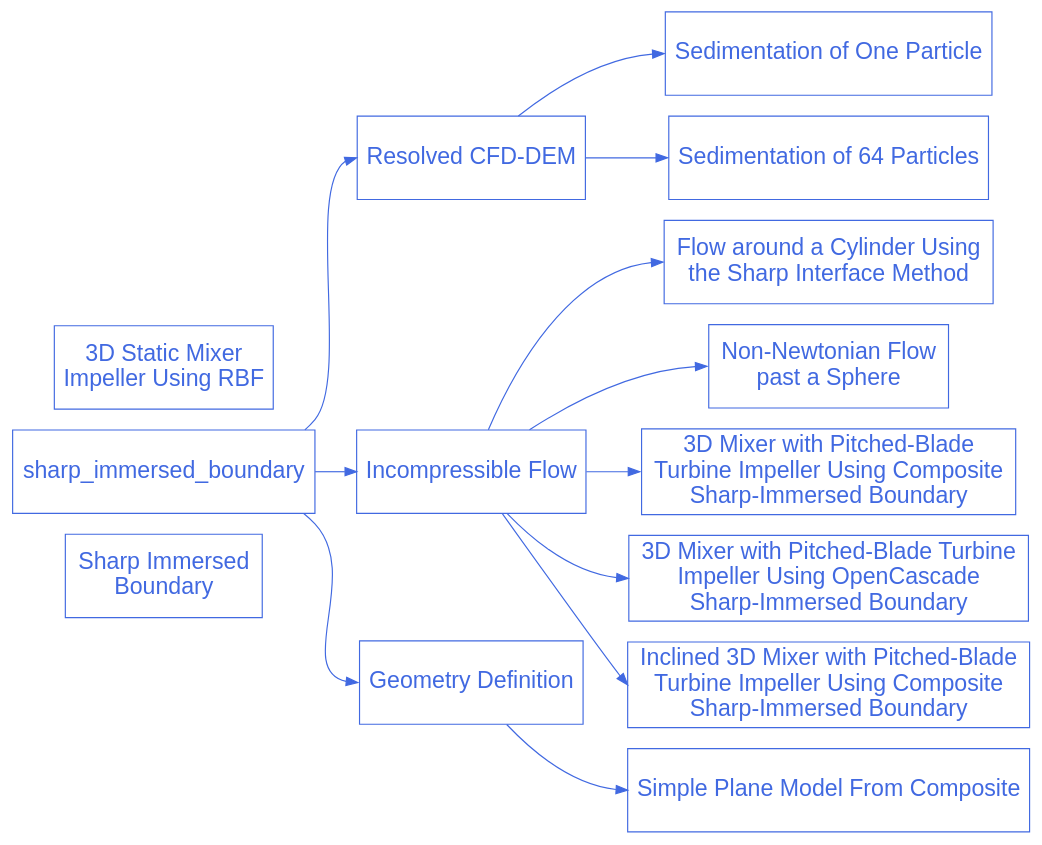
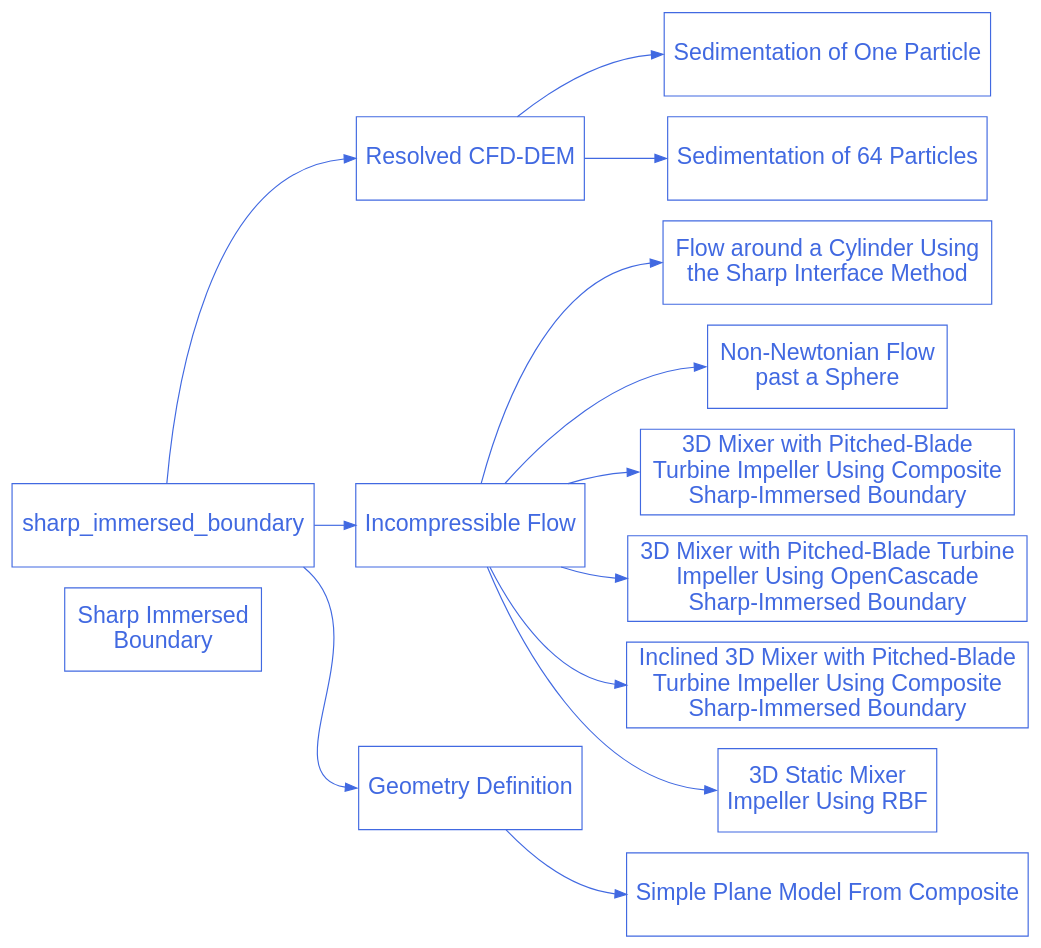
The diagram in doc/source/examples/sharp-immersed-boundary/sharp-immersed-boundary.rst (chaos-polymtl/lethe), drawn with Graphviz before and after one commit.

Commit message:
Apply comments from code review

```diff
--- a/doc/source/examples/sharp-immersed-boundary/sharp-immersed-boundary.rst
+++ b/doc/source/examples/sharp-immersed-boundary/sharp-immersed-boundary.rst
@@ -14,49 +14,49 @@
 .. graphviz:: 
 
     digraph sharp_diagram {
       graph [bgcolor="transparent", align=true];
       node [fontname=Arial, fontsize=20, shape=box, fontcolor=royalblue, color=royalblue, height=1];
       edge [color=royalblue];
       rankdir="LR";
       size = "9,9";
       
       sharp_immersed_boundary_solver [label="Sharp Immersed \nBoundary", href="https://lethe-cfd.github.io/lethe/documentation/examples/sharp-immersed-boundary/sharp-immersed-boundary.html"];
 
       sharp_1 [label="Resolved CFD-DEM", href="https://lethe-cfd.github.io/lethe/documentation/examples/sharp-immersed-boundary/resolved-cfd-dem.html"];
 
       sharp_1_1 [label="Sedimentation of One Particle", href="https://lethe-cfd.github.io/lethe/documentation/examples/sharp-immersed-boundary/sedimentation-1-particle/sedimentation-1-particle.html"];
 
       sharp_1_2 [label="Sedimentation of 64 Particles", href="https://lethe-cfd.github.io/lethe/documentation/examples/sharp-immersed-boundary/sedimentation-64-particles/sedimentation-64-particles.html"];
 
       sharp_2 [label="Incompressible Flow", href="https://lethe-cfd.github.io/lethe/documentation/examples/sharp-immersed-boundary/incompressible-flow.html"];
 
       sharp_2_1 [label="Flow around a Cylinder Using \nthe Sharp Interface Method", href="https://lethe-cfd.github.io/lethe/documentation/examples/sharp-immersed-boundary/cylinder-with-sharp-interface/cylinder-with-sharp-interface.html", tooltip="Flow around a cylinder using the sharp interface method"];
 
       sharp_2_2 [label="Non-Newtonian Flow \npast a Sphere", href="https://lethe-cfd.github.io/lethe/documentation/examples/sharp-immersed-boundary/sphere-carreau-with-sharp-interface/sphere-carreau-with-sharp-interface.html", tooltip="Non-Newtonian flow past a sphere"];
 
       sharp_2_3 [label="3D Mixer with Pitched-Blade \nTurbine Impeller Using Composite \nSharp-Immersed Boundary", href="https://lethe-cfd.github.io/lethe/documentation/examples/sharp-immersed-boundary/3d-composite-mixer-with-pbt-impeller/3d-composite-mixer-with-pbt-impeller.html", tooltip="3D Mixer with pitched-blade turbine impeller using Composite Sharp-immersed boundary"];
 
       sharp_2_4 [label="3D Mixer with Pitched-Blade Turbine \nImpeller Using OpenCascade \nSharp-Immersed Boundary", href="https://lethe-cfd.github.io/lethe/documentation/examples/sharp-immersed-boundary/3d-opencascade-mixer-with-pbt-impeller/3d-opencascade-mixer-with-pbt-impeller.html", tooltip="3D Mixer with pitched-blade turbine impeller using OpenCascade Sharp-immersed boundary"];
 
       sharp_2_5 [label="Inclined 3D Mixer with Pitched-Blade \nTurbine Impeller Using Composite \nSharp-Immersed Boundary", href="https://lethe-cfd.github.io/lethe/documentation/examples/sharp-immersed-boundary/inclined-3d-composite-mixer-with-pbt-impeller/inclined-3d-composite-mixer-with-pbt-impeller.html", tooltip="Inclined 3D mixer with pitched-blade turbine impeller using composite sharp-immersed boundary"];
       
       sharp_2_6 [label="3D Static Mixer \nImpeller Using RBF", href="https://lethe-cfd.github.io/lethe/documentation/examples/sharp-immersed-boundary/3d-rbf-static-mixer/3d-rbf-static-mixer.html", tooltip="3D Static Mixer \nImpeller Using RBF Sharp-immersed boundary"];
 
-      sharp_3 [label="Geometry Definition", href="https://lethe-cfd.github.io/lethe/examples/sharp-immersed-boundary/geometry-definition.html"];
       sharp_3 [label="Geometry Definition", href="https://lethe-cfd.github.io/lethe/documentation/examples/sharp-immersed-boundary/geometry-definition.html"];
 
       sharp_3_1 [label="Simple Plane Model From Composite", href="https://lethe-cfd.github.io/lethe/documentation/examples/sharp-immersed-boundary/sharp-immersed-boundary/simple-plane-model-from-composite.html", tooltip="Simple Plane Model From Composite"];
 
       sharp_immersed_boundary -> sharp_1:w;
       sharp_immersed_boundary -> sharp_2:w;
       sharp_immersed_boundary -> sharp_3:w;
 
       sharp_1 -> sharp_1_1:w;
       sharp_1 -> sharp_1_2:w;
       sharp_2 -> sharp_2_1:w;
       sharp_2 -> sharp_2_2:w;
       sharp_2 -> sharp_2_3:w;
       sharp_2 -> sharp_2_4:w;
       sharp_2 -> sharp_2_5:w;
+      sharp_2 -> sharp_2_6:w;
       sharp_3 -> sharp_3_1:w;
     }
```
